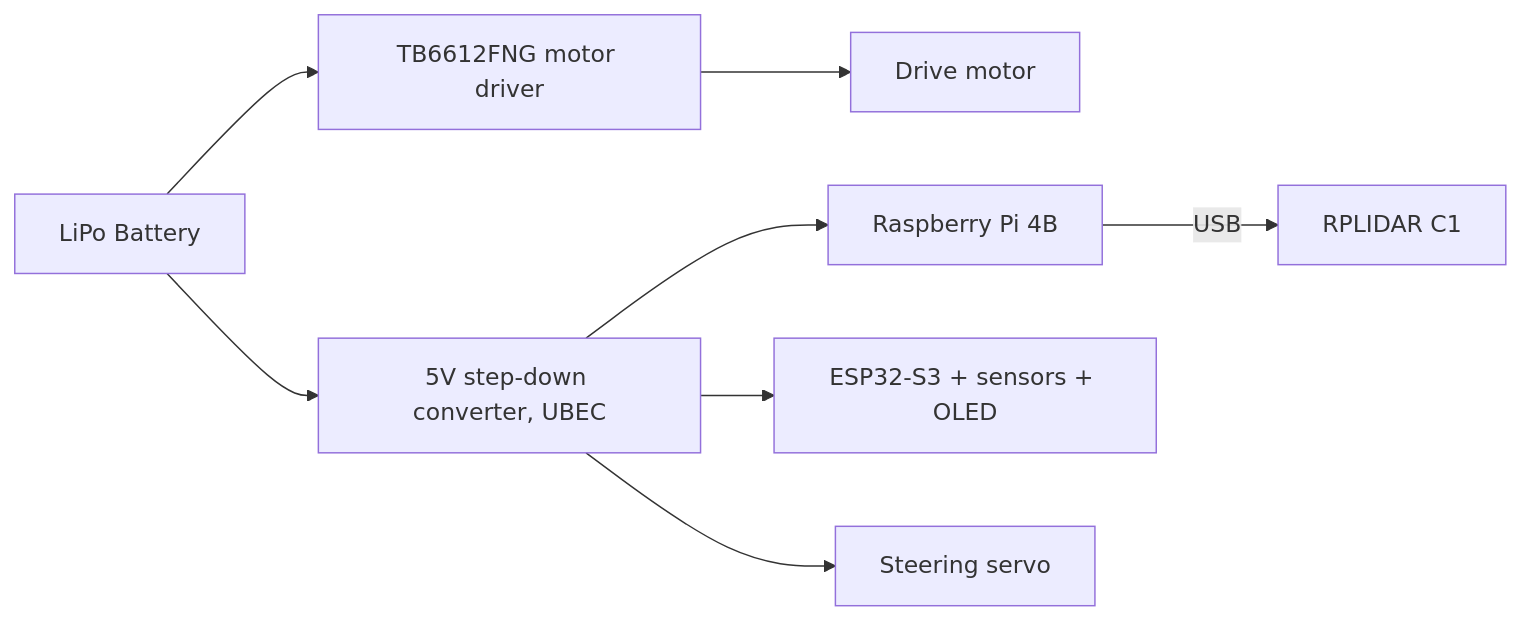
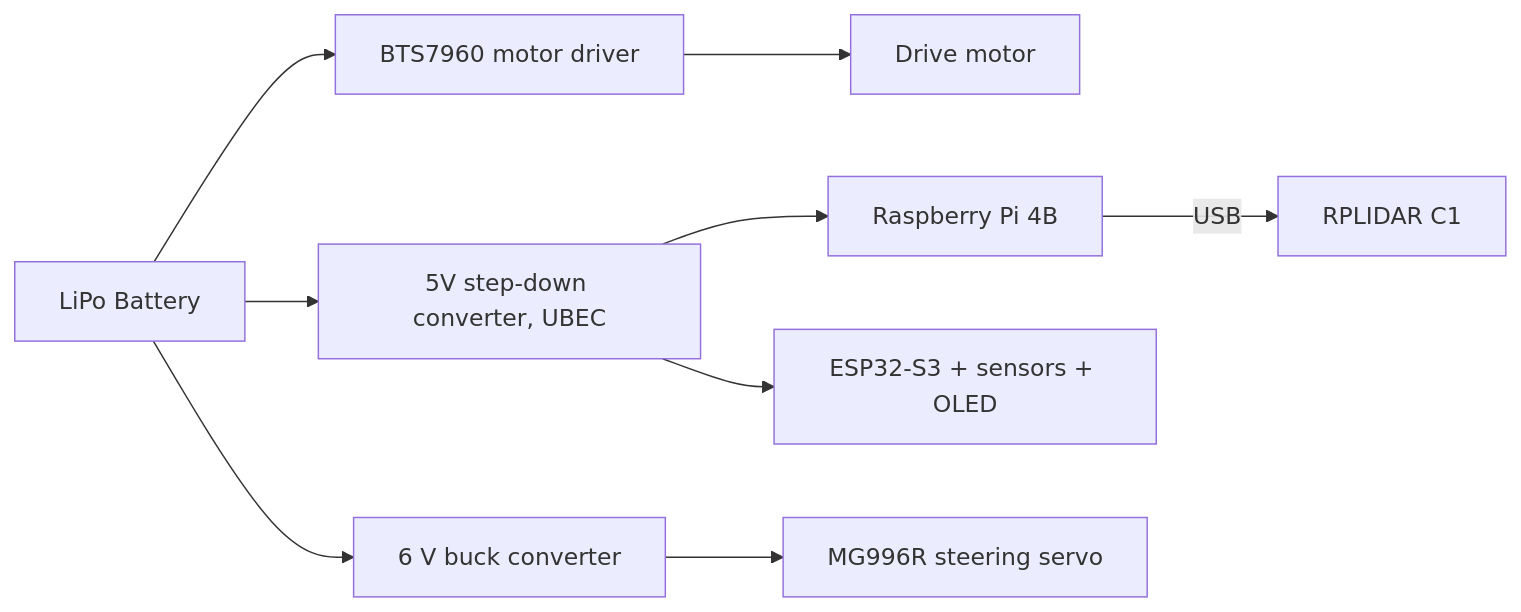
The third of 4 diagrams in README.md (muztahiddurjoy/gorur_gari_2026), drawn with Mermaid before and after one commit. The commit also changed other lines of this file and 5 other files, not shown here.

````diff
--- a/README.md
+++ b/README.md
@@ -365,9 +367,9 @@
 ```mermaid
 flowchart LR
-    BATT[LiPo Battery] --> TB6612[TB6612FNG motor driver] --> MOTOR[Drive motor]
+    BATT[LiPo Battery] --> BTS[BTS7960 motor driver] --> MOTOR[Drive motor]
     BATT --> UBEC[5V step-down converter, UBEC]
     UBEC --> PI[Raspberry Pi 4B]
     PI -->|USB| LIDAR[RPLIDAR C1]
     UBEC --> ESP[ESP32-S3 + sensors + OLED]
-    UBEC --> SERVO[Steering servo]
+    BATT --> BUCK6[6 V buck converter] --> SERVO[MG996R steering servo]
 ```
````
